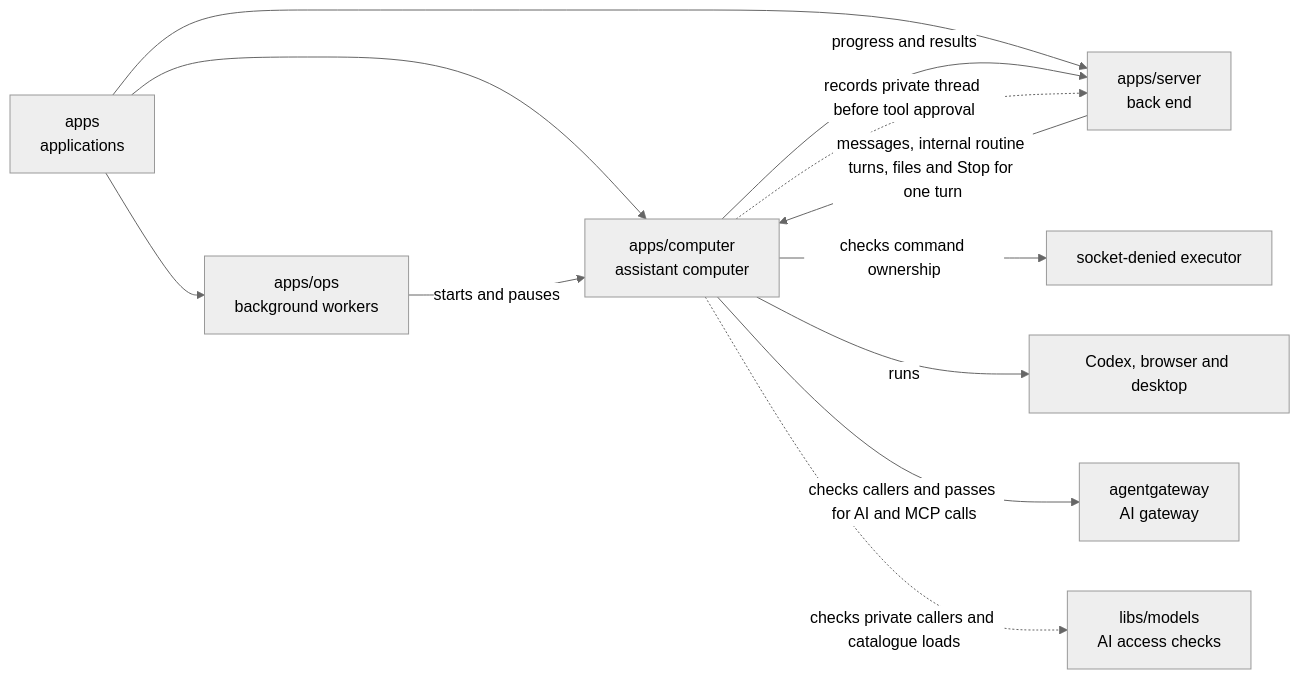
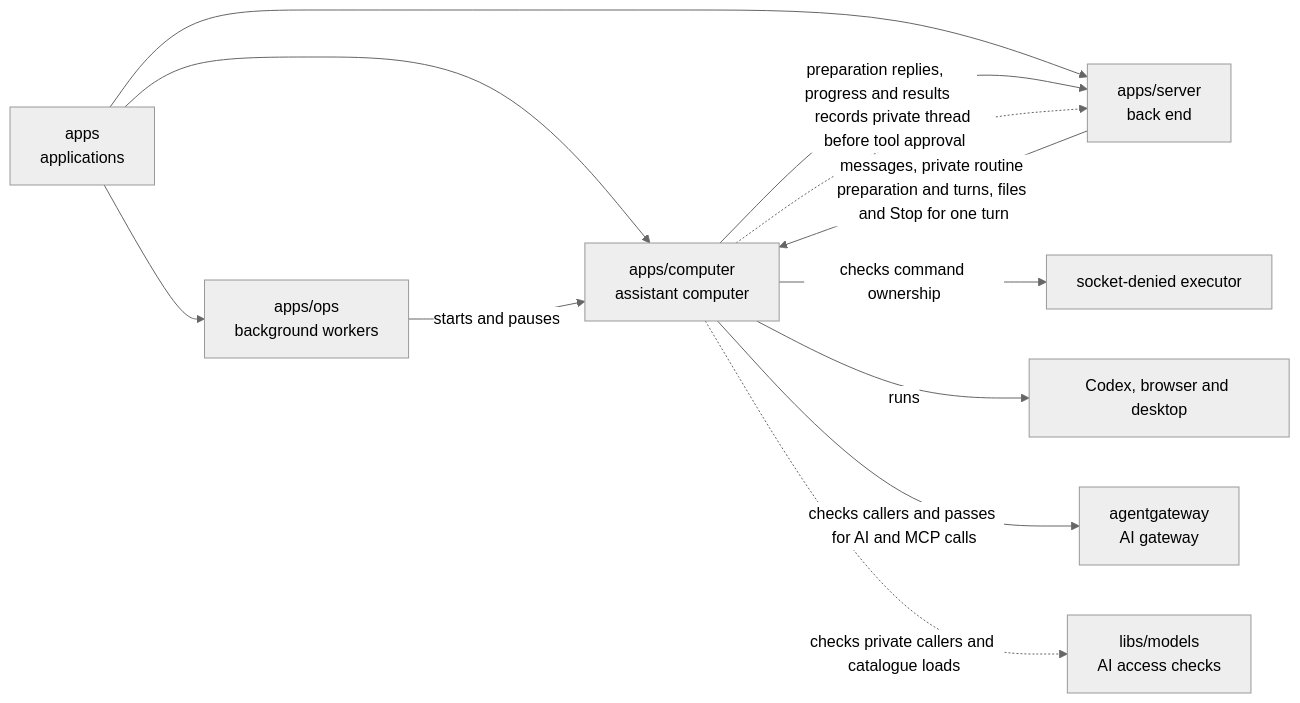
The diagram in apps/computer/README.md (elewa-git/opencrane-new), drawn with Mermaid (neutral theme) before and after one commit. The commit also changed other lines of this file and 17 other files, not shown here.

First line of the commit message:
⏱️ Routine hand-off starts the computer's native thread first and refuses a preparation without disturbing other private turns (#779)

````diff
--- a/apps/computer/README.md
+++ b/apps/computer/README.md
@@ -16,14 +16,14 @@
 ```mermaid
 flowchart LR
   apps["apps<br/>applications"] --> computer["apps/computer<br/>assistant computer"]
   apps --> ops["apps/ops<br/>background workers"]
   apps --> server["apps/server<br/>back end"]
   ops -->|starts and pauses| computer
-  server -->|messages, internal routine turns, files and Stop for one turn| computer
-  computer -->|progress and results| server
+  server -->|messages, private routine preparation and turns, files and Stop for one turn| computer
+  computer -->|preparation replies, progress and results| server
   computer -.->|records private thread before tool approval| server
   computer -->|checks command ownership| executor["socket-denied executor"]
   computer -->|runs| desktop["Codex, browser and desktop"]
   computer -->|checks callers and passes for AI and MCP calls| gateway["agentgateway<br/>AI gateway"]
   computer -.->|checks private callers and catalogue loads| models["libs/models<br/>AI access checks"]
 ```
````
